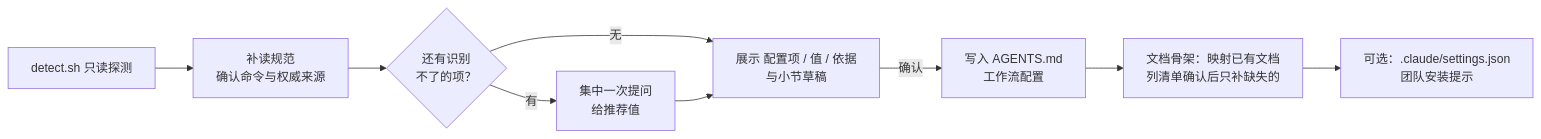
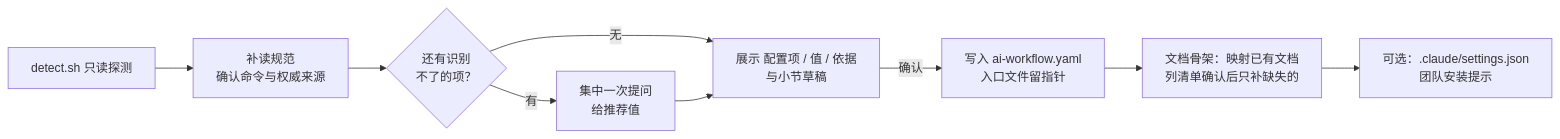
One commit to lvzhiyi/randian-ai-workflow-native changed the third of 9 diagrams in README.md. Above: the diagram before and after it, drawn with Mermaid. The commit also changed other lines of this file and 21 other files, not shown here.

First line of the commit message:
feat(workflow-core): 工作流配置改为 ai-workflow.yaml，新增术语表

````diff
--- a/README.md
+++ b/README.md
@@ -87,11 +87,11 @@
 ```mermaid
 flowchart LR
     A["detect.sh 只读探测"] --> B["补读规范<br/>确认命令与权威来源"]
     B --> C{"还有识别<br/>不了的项？"}
     C -->|有| D["集中一次提问<br/>给推荐值"]
     C -->|无| E
     D --> E["展示 配置项 / 值 / 依据<br/>与小节草稿"]
-    E -->|确认| F["写入 AGENTS.md<br/>工作流配置"]
+    E -->|确认| F["写入 ai-workflow.yaml<br/>入口文件留指针"]
     F --> G["文档骨架：映射已有文档<br/>列清单确认后只补缺失的"]
     G --> H["可选：.claude/settings.json<br/>团队安装提示"]
 ```
````
